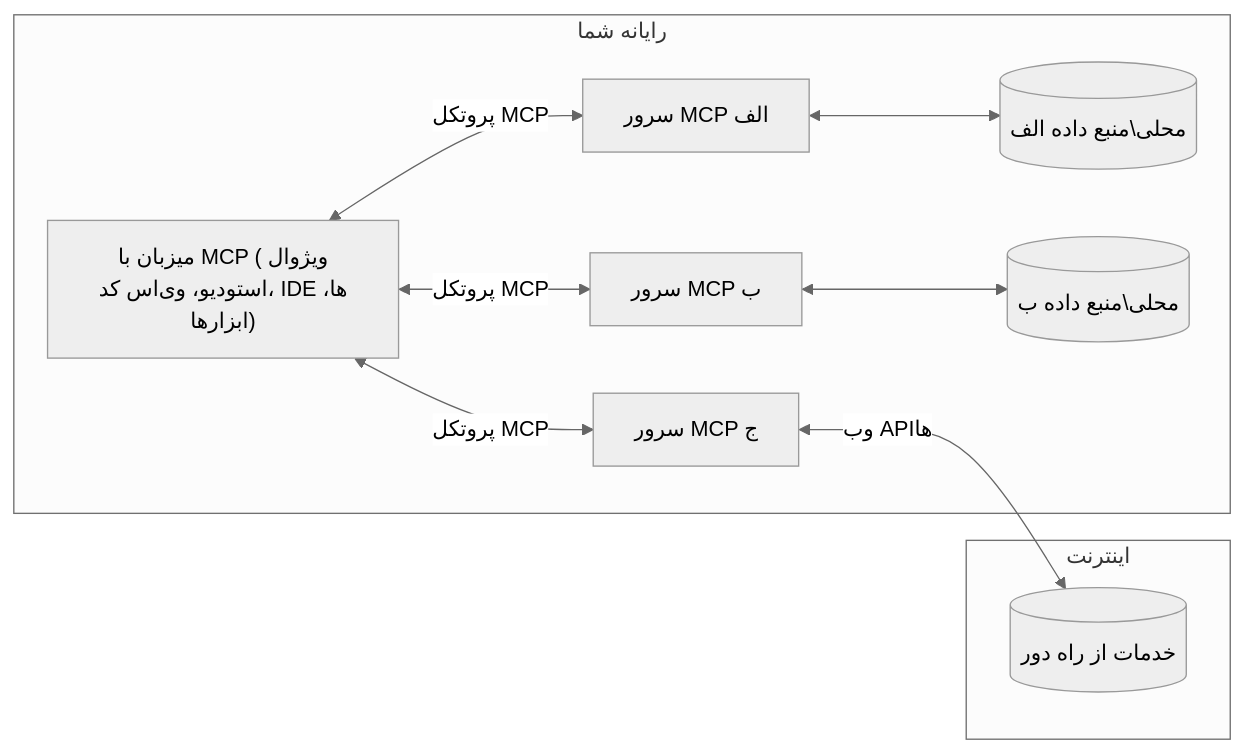
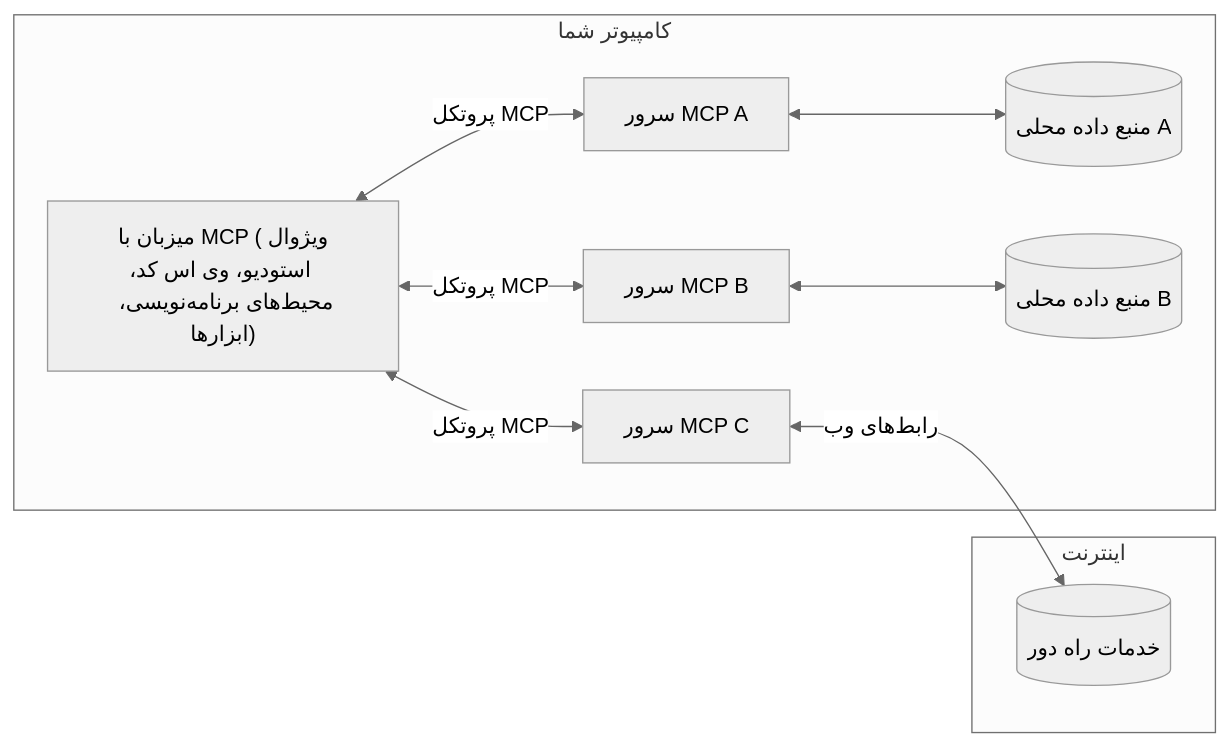
Before and after one commit to Mu-L/mcp-for-beginners: the diagram in translations/fa/01-CoreConcepts/README.md, drawn with Mermaid (neutral theme). The commit also changed other lines of this file and 5 other files, not shown here.

````diff
--- a/translations/fa/01-CoreConcepts/README.md
+++ b/translations/fa/01-CoreConcepts/README.md
@@ -45,17 +45,17 @@
 ```mermaid
 flowchart LR
-    subgraph "رایانه شما"
-        Host["میزبان با MCP (ویژوال استودیو، وی‌اس کد، IDEها، ابزارها)"]
-        S1["سرور MCP الف"]
-        S2["سرور MCP ب"]
-        S3["سرور MCP ج"]
+    subgraph "کامپیوتر شما"
+        Host["میزبان با MCP (ویژوال استودیو، وی اس کد، محیط‌های برنامه‌نویسی، ابزارها)"]
+        S1["سرور MCP A"]
+        S2["سرور MCP B"]
+        S3["سرور MCP C"]
         Host <-->|"پروتکل MCP"| S1
         Host <-->|"پروتکل MCP"| S2
         Host <-->|"پروتکل MCP"| S3
-        S1 <--> D1[("محلی\منبع داده الف")]
-        S2 <--> D2[("محلی\منبع داده ب")]
+        S1 <--> D1[("منبع داده محلی A")]
+        S2 <--> D2[("منبع داده محلی B")]
     end
     subgraph "اینترنت"
-        S3 <-->|"وب APIها"| D3[("خدمات از راه دور")]
+        S3 <-->|"رابط‌های وب"| D3[("خدمات راه دور")]
     end
-```  
+```
````
